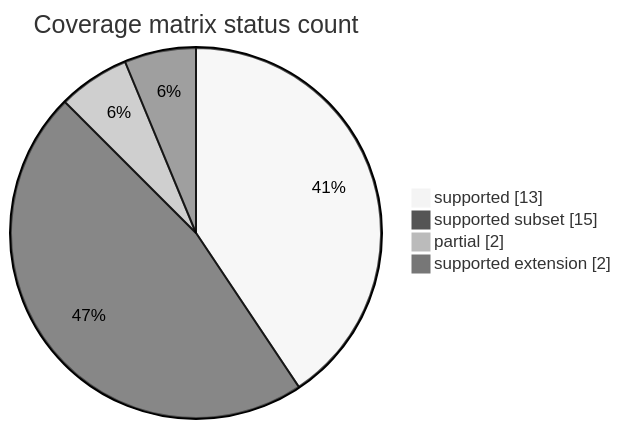
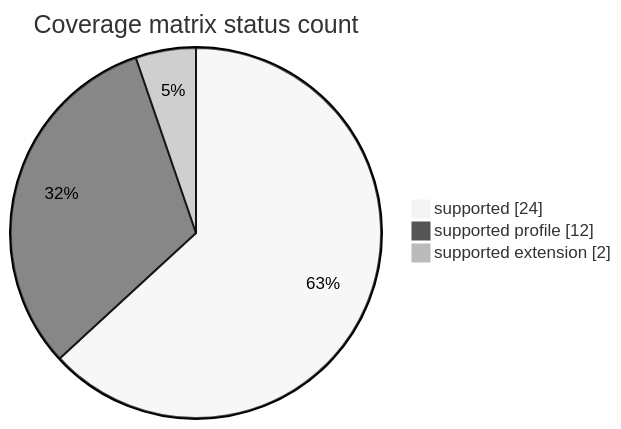
The third of 6 diagrams in docs/infographic.md (Olegie/PlankaC), drawn with Mermaid (neutral theme) before and after one commit. The commit also changed other lines of this file and 74 other files, not shown here.

````diff
--- a/docs/infographic.md
+++ b/docs/infographic.md
@@ -63,8 +67,7 @@
 ```mermaid
 pie showData
     title Coverage matrix status count
-    "supported" : 13
-    "supported subset" : 15
-    "partial" : 2
+    "supported" : 24
+    "supported profile" : 12
     "supported extension" : 2
 ```
````
